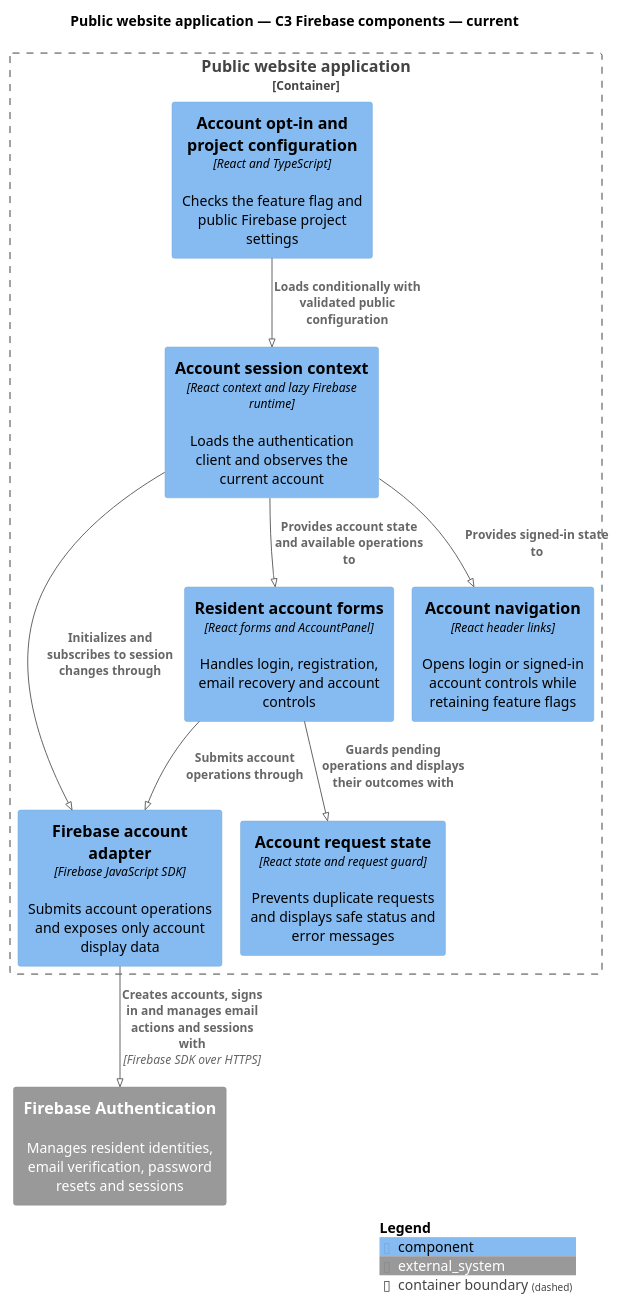
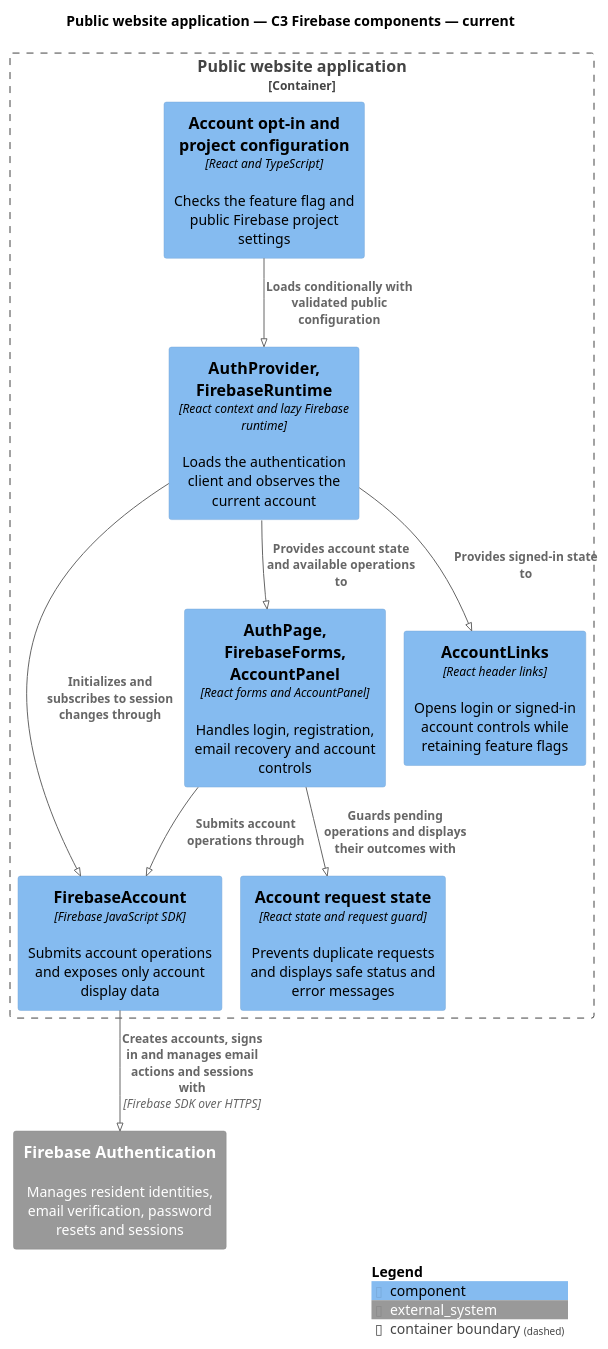
One commit to szabototo89/woodbrook-residents changed the diagram in docs/handoffs/firebase-authentication/assets/c3-components.puml. Above: the diagram before and after it, drawn with PlantUML. The commit also changed 24 other files, not shown here.

First line of the commit message:
docs(architecture): name C4 components after their React components

```diff
--- a/docs/handoffs/firebase-authentication/assets/c3-components.puml
+++ b/docs/handoffs/firebase-authentication/assets/c3-components.puml
@@ -2,28 +2,28 @@
 @startuml
 !pragma layout smetana
 !include <C4/C4_Component>
 LAYOUT_TOP_DOWN()
 skinparam defaultFontName SansSerif
 skinparam nodesep 45
 skinparam ranksep 45
 title Public website application — C3 Firebase components — current
 
 System_Ext(firebase_service, "Firebase Authentication", "Manages resident identities, email verification, password resets and sessions")
 Container_Boundary(woodbrook_browser, "Public website application") {
   Component(firebase_auth_config, "Account opt-in and project configuration", "React and TypeScript", "Checks the feature flag and public Firebase project settings")
-  Component(firebase_auth_runtime, "Account session context", "React context and lazy Firebase runtime", "Loads the authentication client and observes the current account")
-  Component(firebase_auth_client, "Firebase account adapter", "Firebase JavaScript SDK", "Submits account operations and exposes only account display data")
-  Component(firebase_auth_forms, "Resident account forms", "React forms and AccountPanel", "Handles login, registration, email recovery and account controls")
-  Component(firebase_auth_navigation, "Account navigation", "React header links", "Opens login or signed-in account controls while retaining feature flags")
+  Component(firebase_auth_runtime, "AuthProvider, FirebaseRuntime", "React context and lazy Firebase runtime", "Loads the authentication client and observes the current account")
+  Component(firebase_auth_client, "FirebaseAccount", "Firebase JavaScript SDK", "Submits account operations and exposes only account display data")
+  Component(firebase_auth_forms, "AuthPage, FirebaseForms, AccountPanel", "React forms and AccountPanel", "Handles login, registration, email recovery and account controls")
+  Component(firebase_auth_navigation, "AccountLinks", "React header links", "Opens login or signed-in account controls while retaining feature flags")
   Component(firebase_auth_requests, "Account request state", "React state and request guard", "Prevents duplicate requests and displays safe status and error messages")
 }
 
 Rel(firebase_auth_config, firebase_auth_runtime, "Loads conditionally with validated public configuration")
 Rel(firebase_auth_runtime, firebase_auth_client, "Initializes and subscribes to session changes through")
 Rel(firebase_auth_runtime, firebase_auth_forms, "Provides account state and available operations to")
 Rel(firebase_auth_runtime, firebase_auth_navigation, "Provides signed-in state to")
 Rel(firebase_auth_forms, firebase_auth_client, "Submits account operations through")
 Rel(firebase_auth_forms, firebase_auth_requests, "Guards pending operations and displays their outcomes with")
 Rel(firebase_auth_client, firebase_service, "Creates accounts, signs in and manages email actions and sessions with", "Firebase SDK over HTTPS")
 SHOW_LEGEND()
 @enduml
```
